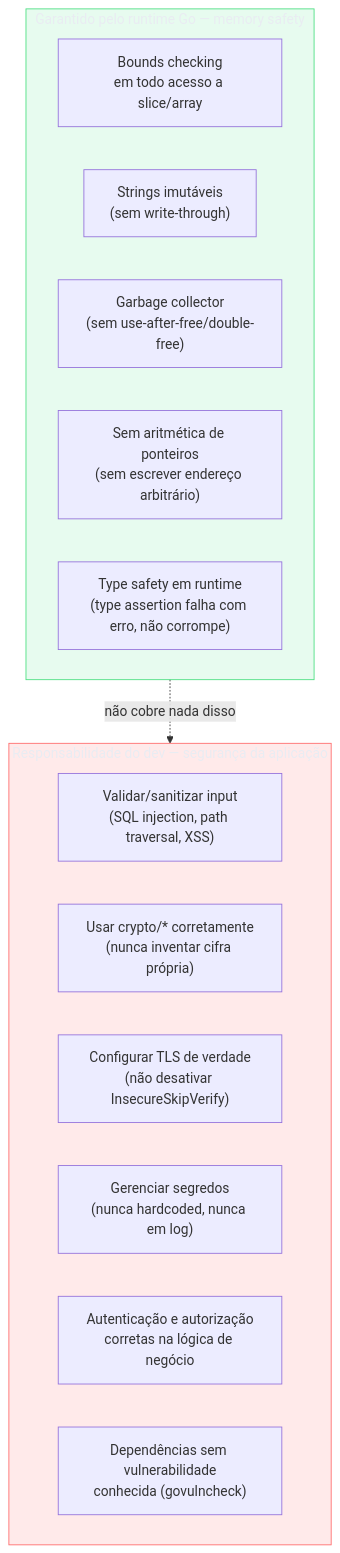
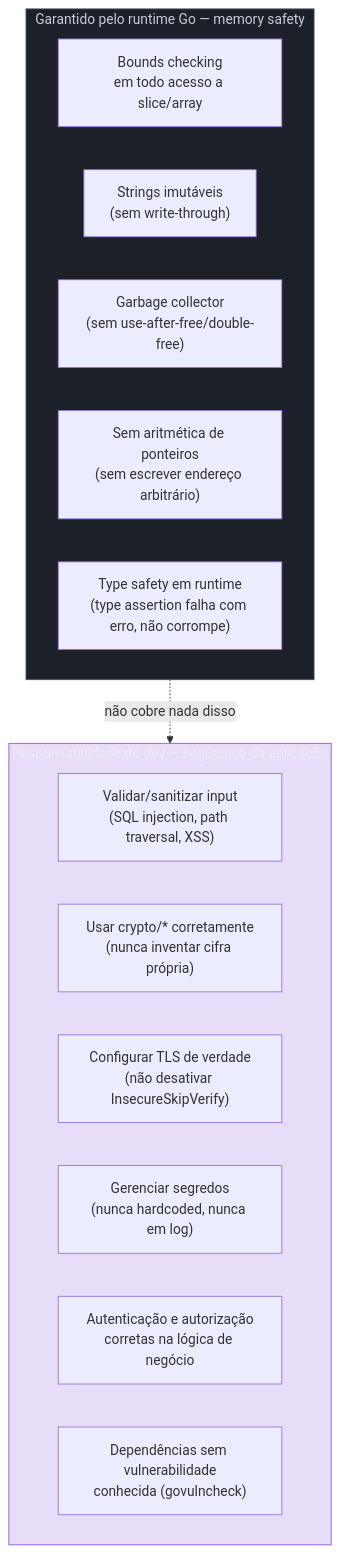
The diagram in 03-Dominios/Tecnologia/Go/19 - Segurança/01 - Segurança em Go — o panorama.md (josenaldo/codex-technomanticus), drawn with Mermaid before and after one commit. The commit also changed 601 other files, not shown here.

````diff
--- a/03-Dominios/Tecnologia/Go/19 - Segurança/01 - Segurança em Go — o panorama.md
+++ b/03-Dominios/Tecnologia/Go/19 - Segurança/01 - Segurança em Go — o panorama.md
@@ -38,26 +38,26 @@
 ```mermaid
 flowchart TB
-    classDef ok fill:#4ADE8021,stroke:#4ADE80,color:#E9ECF2
-    classDef falha fill:#FF6B6B24,stroke:#FF6B6B,color:#E9ECF2
+    classDef marca fill:#8855DF33,stroke:#8855DF,color:#E9ECF2
+    classDef neutro fill:#1B2029,stroke:#4E5666,color:#C6CCD8
     subgraph Runtime["Garantido pelo runtime Go — memory safety"]
         A["Bounds checking\nem todo acesso a slice/array"]
         B["Strings imutáveis\n(sem write-through)"]
         C["Garbage collector\n(sem use-after-free/double-free)"]
         D["Sem aritmética de ponteiros\n(sem escrever endereço arbitrário)"]
         E["Type safety em runtime\n(type assertion falha com erro, não corrompe)"]
     end
 
     subgraph Dev["Responsabilidade do dev — segurança da aplicação"]
         F["Validar/sanitizar input\n(SQL injection, path traversal, XSS)"]
         G["Usar crypto/* corretamente\n(nunca inventar cifra própria)"]
         H["Configurar TLS de verdade\n(não desativar InsecureSkipVerify)"]
         I["Gerenciar segredos\n(nunca hardcoded, nunca em log)"]
         J["Autenticação e autorização\ncorretas na lógica de negócio"]
         K["Dependências sem vulnerabilidade\nconhecida (govulncheck)"]
     end
 
     Runtime -.->|"não cobre nada disso"| Dev
 
-    class Runtime ok
-    class Dev falha
+    class Runtime neutro
+    class Dev marca
 ```
````
